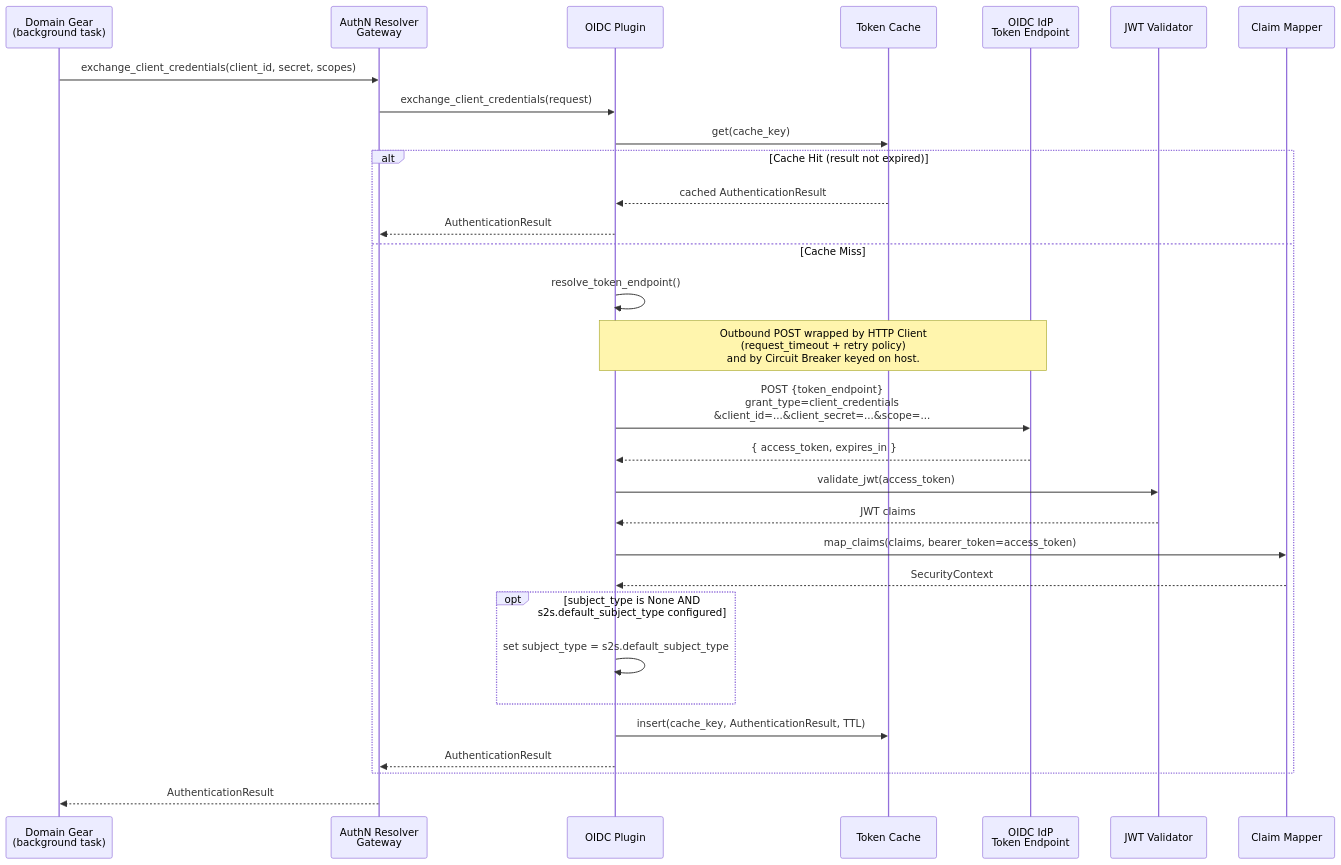
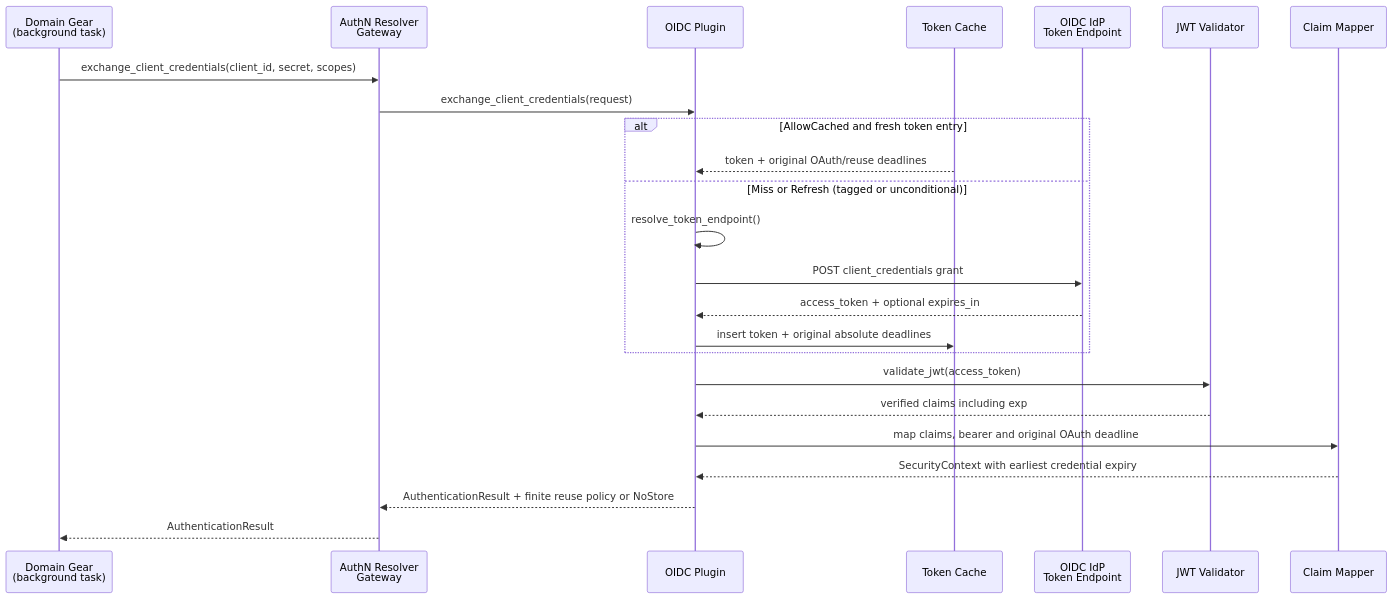
Before and after one commit to constructorfabric/gears-rust: the seventh of 9 diagrams in gears/system/authn-resolver/plugins/oidc-authn-plugin/docs/DESIGN.md, drawn with Mermaid. The commit also changed other lines of this file and 81 other files, not shown here.

First line of the commit message:
feat(authn-resolver-sdk)!: add bounded authentication caches

````diff
--- a/gears/system/authn-resolver/plugins/oidc-authn-plugin/docs/DESIGN.md
+++ b/gears/system/authn-resolver/plugins/oidc-authn-plugin/docs/DESIGN.md
@@ -930,39 +931,27 @@
 ```mermaid
 sequenceDiagram
     participant Gear as Domain Gear<br/>(background task)
     participant Resolver as AuthN Resolver<br/>Gateway
     participant Plugin as OIDC Plugin
     participant Cache as Token Cache
     participant IdP as OIDC IdP<br/>Token Endpoint
     participant Validator as JWT Validator
     participant Mapper as Claim Mapper
 
     Gear->>Resolver: exchange_client_credentials(client_id, secret, scopes)
     Resolver->>Plugin: exchange_client_credentials(request)
-    Plugin->>Cache: get(cache_key)
-
-    alt Cache Hit (result not expired)
-        Cache-->>Plugin: cached AuthenticationResult
-        Plugin-->>Resolver: AuthenticationResult
-    else Cache Miss
+    alt AllowCached and fresh token entry
+        Cache-->>Plugin: token + original OAuth/reuse deadlines
+    else Miss or Refresh (tagged or unconditional)
         Plugin->>Plugin: resolve_token_endpoint()
-        Note over Plugin,IdP: Outbound POST wrapped by HTTP Client<br/>(request_timeout + retry policy)<br/>and by Circuit Breaker keyed on host.
-        Plugin->>IdP: POST {token_endpoint}<br/>grant_type=client_credentials<br/>&client_id=...&client_secret=...&scope=...
-        IdP-->>Plugin: { access_token, expires_in }
-
-        Plugin->>Validator: validate_jwt(access_token)
-        Validator-->>Plugin: JWT claims
-
-        Plugin->>Mapper: map_claims(claims, bearer_token=access_token)
-        Mapper-->>Plugin: SecurityContext
-
-        opt subject_type is None AND s2s.default_subject_type configured
-            Plugin->>Plugin: set subject_type = s2s.default_subject_type
-        end
-
-        Plugin->>Cache: insert(cache_key, AuthenticationResult, TTL)
-        Plugin-->>Resolver: AuthenticationResult
+        Plugin->>IdP: POST client_credentials grant
+        IdP-->>Plugin: access_token + optional expires_in
+        Plugin->>Cache: insert token + original absolute deadlines
     end
-
+    Plugin->>Validator: validate_jwt(access_token)
+    Validator-->>Plugin: verified claims including exp
+    Plugin->>Mapper: map claims, bearer and original OAuth deadline
+    Mapper-->>Plugin: SecurityContext with earliest credential expiry
+    Plugin-->>Resolver: AuthenticationResult + finite reuse policy or NoStore
     Resolver-->>Gear: AuthenticationResult
 ```
````
